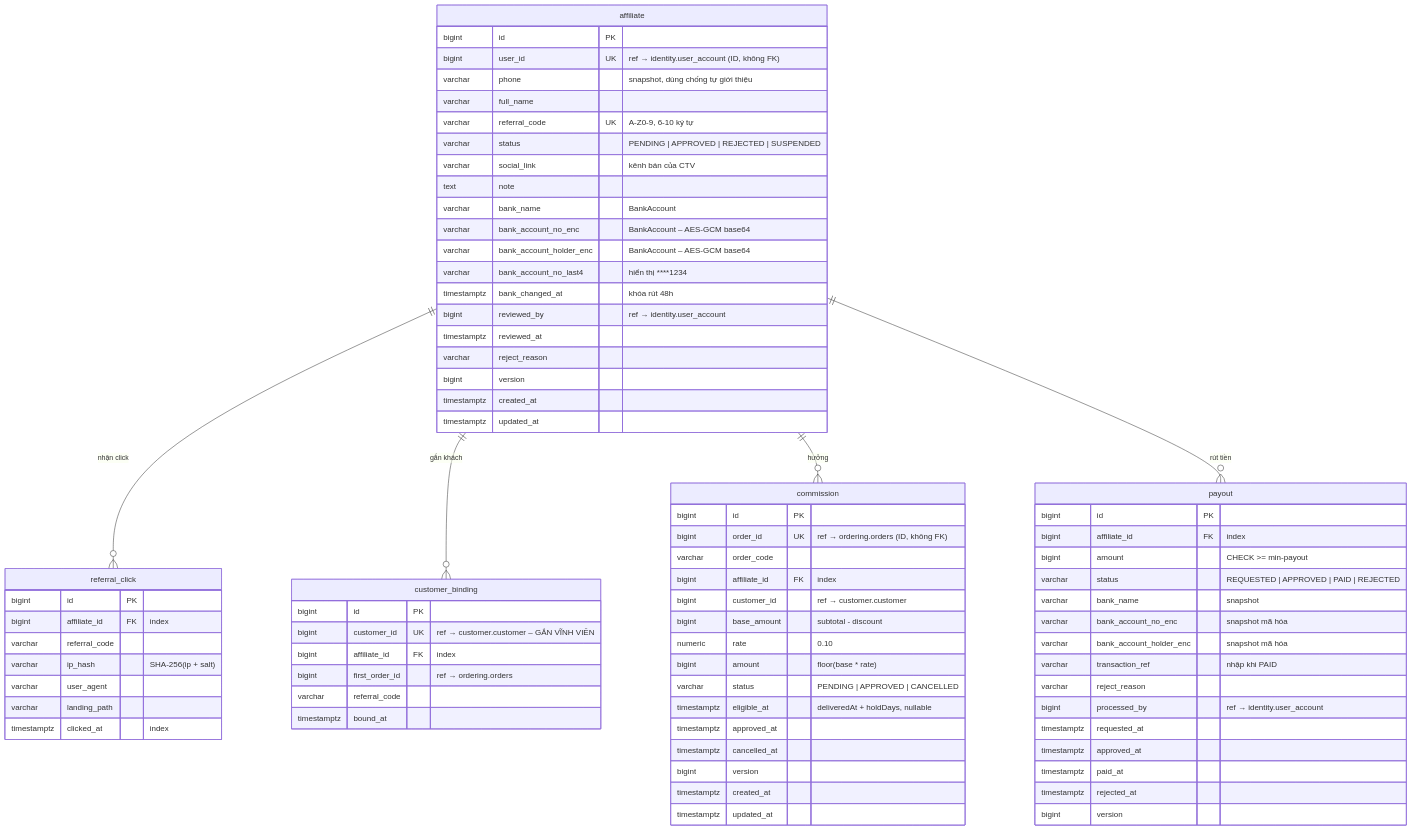
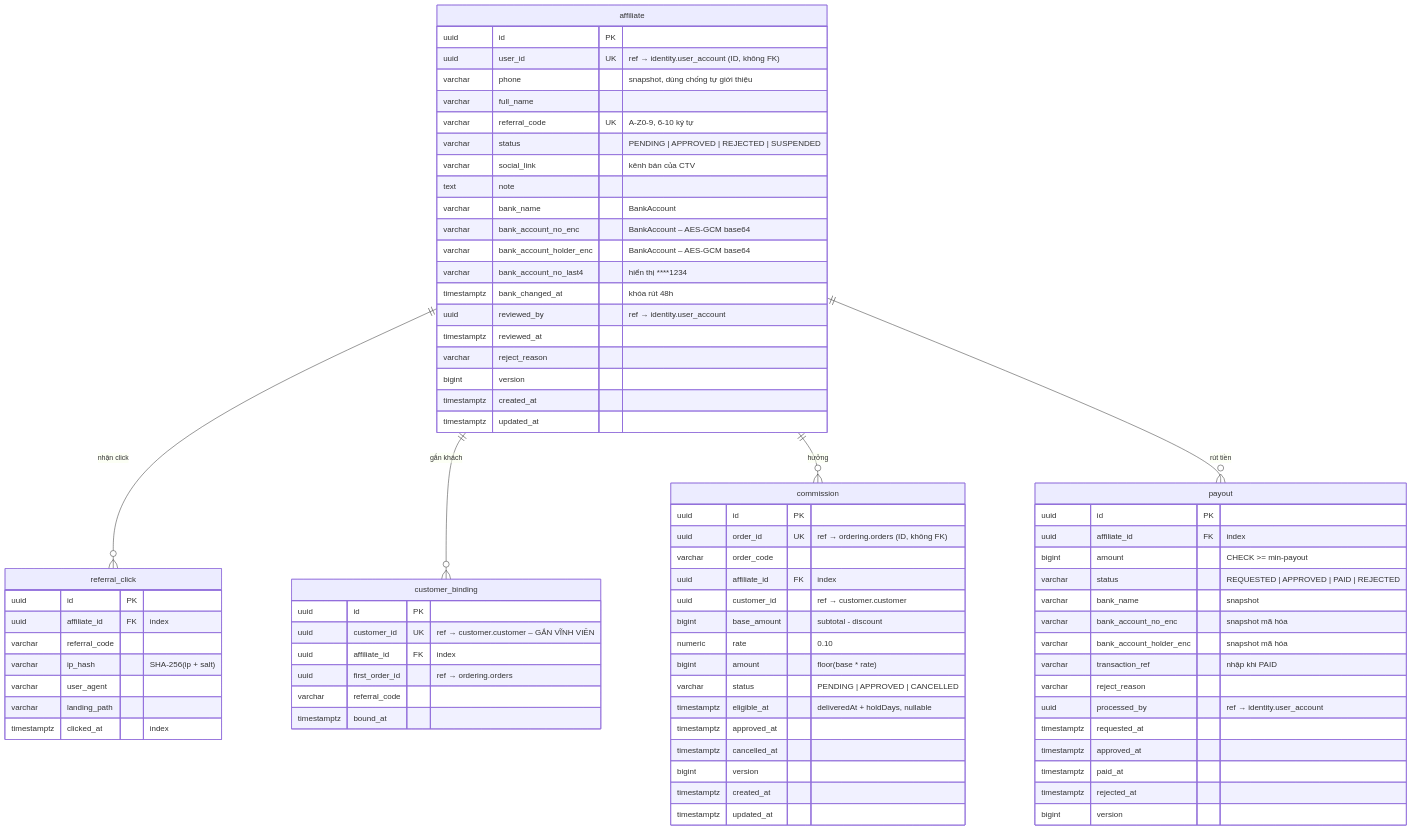
Before and after one commit to Vietnguyen203/Hwingroupweb: the fifth of 6 diagrams in docs/02-erd.md, drawn with Mermaid. The commit also changed other lines of this file and 93 other files, not shown here.

First line of the commit message:
refactor: khóa chính chuyển từ bigint sang UUID v7

```diff
--- a/docs/02-erd.md
+++ b/docs/02-erd.md
@@ -345,8 +345,8 @@
     affiliate ||--o{ payout : "rút tiền"
 
     affiliate {
-        bigint id PK
-        bigint user_id UK "ref → identity.user_account (ID, không FK)"
+        uuid id PK
+        uuid user_id UK "ref → identity.user_account (ID, không FK)"
         varchar phone "snapshot, dùng chống tự giới thiệu"
         varchar full_name
         varchar referral_code UK "A-Z0-9, 6-10 ký tự"
@@ -358,7 +358,7 @@
         varchar bank_account_holder_enc "BankAccount – AES-GCM base64"
         varchar bank_account_no_last4 "hiển thị ****1234"
         timestamptz bank_changed_at "khóa rút 48h"
-        bigint reviewed_by "ref → identity.user_account"
+        uuid reviewed_by "ref → identity.user_account"
         timestamptz reviewed_at
         varchar reject_reason
         bigint version
@@ -367,8 +367,8 @@
     }
 
     referral_click {
-        bigint id PK
-        bigint affiliate_id FK "index"
+        uuid id PK
+        uuid affiliate_id FK "index"
         varchar referral_code
         varchar ip_hash "SHA-256(ip + salt)"
         varchar user_agent
@@ -377,20 +377,20 @@
     }
 
     customer_binding {
-        bigint id PK
-        bigint customer_id UK "ref → customer.customer – GẮN VĨNH VIỄN"
-        bigint affiliate_id FK "index"
-        bigint first_order_id "ref → ordering.orders"
+        uuid id PK
+        uuid customer_id UK "ref → customer.customer – GẮN VĨNH VIỄN"
+        uuid affiliate_id FK "index"
+        uuid first_order_id "ref → ordering.orders"
         varchar referral_code
         timestamptz bound_at
     }
 
     commission {
-        bigint id PK
-        bigint order_id UK "ref → ordering.orders (ID, không FK)"
+        uuid id PK
+        uuid order_id UK "ref → ordering.orders (ID, không FK)"
         varchar order_code
-        bigint affiliate_id FK "index"
-        bigint customer_id "ref → customer.customer"
+        uuid affiliate_id FK "index"
+        uuid customer_id "ref → customer.customer"
         bigint base_amount "subtotal - discount"
         numeric rate "0.10"
         bigint amount "floor(base * rate)"
@@ -404,8 +404,8 @@
     }
 
     payout {
-        bigint id PK
-        bigint affiliate_id FK "index"
+        uuid id PK
+        uuid affiliate_id FK "index"
         bigint amount "CHECK >= min-payout"
         varchar status "REQUESTED | APPROVED | PAID | REJECTED"
         varchar bank_name "snapshot"
@@ -413,7 +413,7 @@
         varchar bank_account_holder_enc "snapshot mã hóa"
         varchar transaction_ref "nhập khi PAID"
         varchar reject_reason
-        bigint processed_by "ref → identity.user_account"
+        uuid processed_by "ref → identity.user_account"
         timestamptz requested_at
         timestamptz approved_at
         timestamptz paid_at
```
